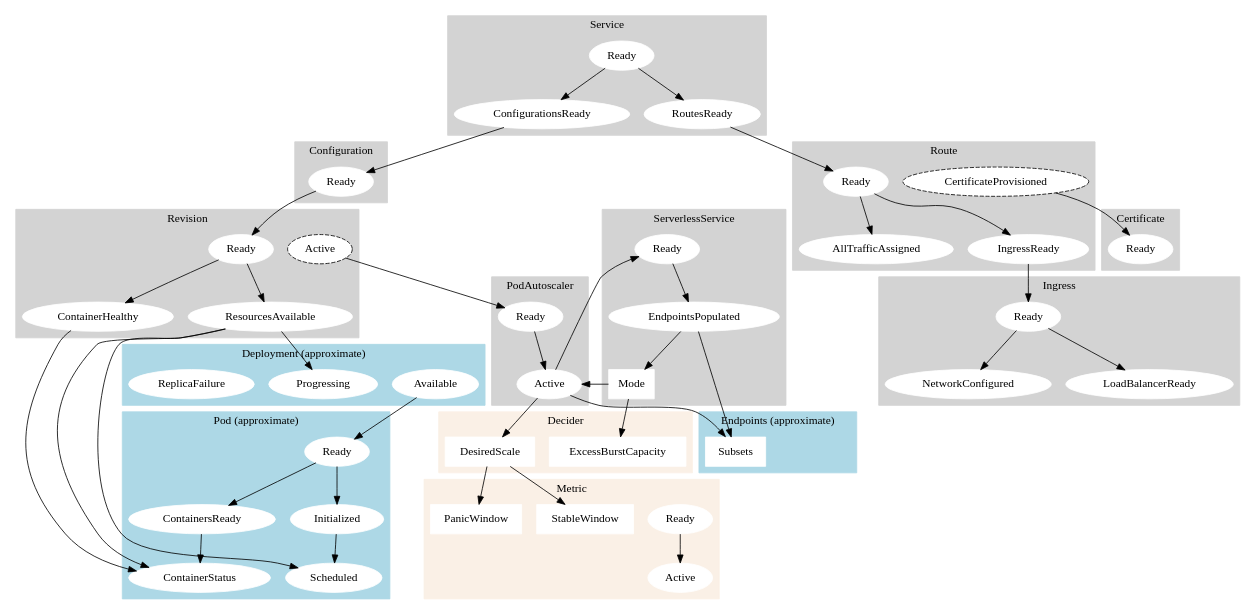
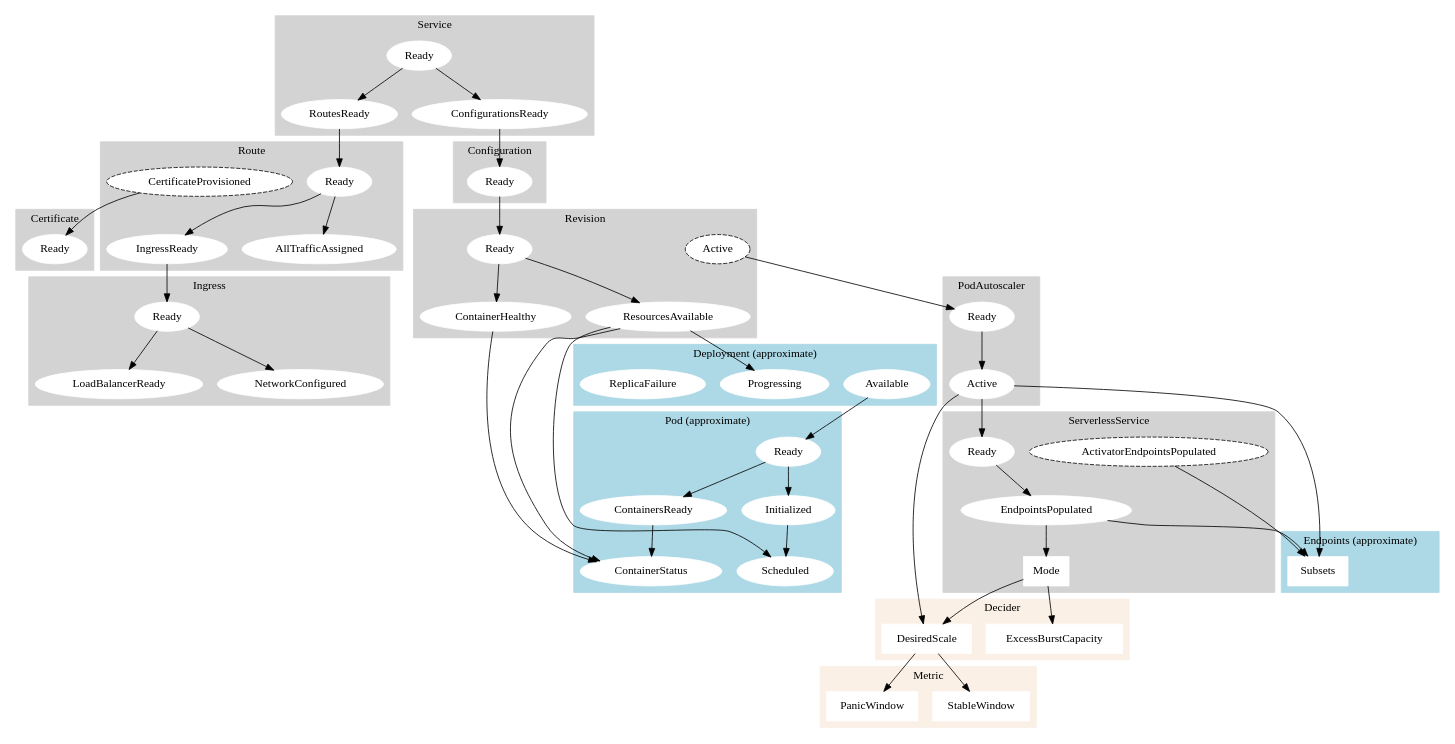
One commit to jonjohnsonjr/graphviz changed the diagram in src/lifecycle.dot. Above: the diagram before and after it, drawn with Graphviz. The commit also changed 9 other files, not shown here.

```diff
--- a/src/lifecycle.dot
+++ b/src/lifecycle.dot
@@ -1,180 +1,178 @@
 digraph lifecycle {
   graph [style=filled,color=lightgrey]
   node [style=filled,color=white];
 
   subgraph cluster_service {
     label = "Service";
     href="https://godoc.org/github.com/knative/serving/pkg/apis/serving/v1alpha1#ServiceStatus"
 
     ServiceConditionReady [label=Ready, href="https://godoc.org/github.com/knative/serving/pkg/apis/serving/v1alpha1#ServiceConditionReady"]
     ServiceConditionConfigurationsReady [label=ConfigurationsReady, href="https://godoc.org/github.com/knative/serving/pkg/apis/serving/v1alpha1#ServiceConditionConfigurationsReady"]
     ServiceConditionRoutesReady [label=RoutesReady, href="https://godoc.org/github.com/knative/serving/pkg/apis/serving/v1alpha1#ServiceConditionRoutesReady"]
 
     ServiceConditionReady -> ServiceConditionConfigurationsReady
     ServiceConditionReady -> ServiceConditionRoutesReady
   }
 
   subgraph cluster_route {
     label = "Route";
     href="https://godoc.org/github.com/knative/serving/pkg/apis/serving/v1alpha1#RouteStatus"
 
     RouteConditionReady [label=Ready, href="https://godoc.org/github.com/knative/serving/pkg/apis/serving/v1alpha1#RouteConditionReady"]
     RouteConditionAllTrafficAssigned [label=AllTrafficAssigned, href="https://godoc.org/github.com/knative/serving/pkg/apis/serving/v1alpha1#RouteConditionAllTrafficAssigned"]
     RouteConditionIngressReady [label=IngressReady, href="https://godoc.org/github.com/knative/serving/pkg/apis/serving/v1alpha1#RouteConditionIngressReady"]
     RouteConditionCertificateProvisioned [label=CertificateProvisioned,style="filled,dashed",fillcolor=white,color=black, href="https://godoc.org/github.com/knative/serving/pkg/apis/serving/v1alpha1#RouteConditionCertificateProvisioned"]
 
     RouteConditionReady -> RouteConditionAllTrafficAssigned
     RouteConditionReady -> RouteConditionIngressReady
   }
 
   subgraph cluster_configuration {
     label = "Configuration";
     href="https://godoc.org/github.com/knative/serving/pkg/apis/serving/v1alpha1#ConfigurationStatus"
 
     ConfigurationConditionReady [label=Ready, href="https://godoc.org/github.com/knative/serving/pkg/apis/serving/v1alpha1#ConfigurationConditionReady"]
   }
 
   subgraph cluster_revision {
     label = "Revision";
     href="https://godoc.org/github.com/knative/serving/pkg/apis/serving/v1alpha1#RevisionStatus"
 
     RevisionConditionReady [label=Ready, href="https://godoc.org/github.com/knative/serving/pkg/apis/serving/v1alpha1#RevisionConditionReady"]
     RevisionConditionResourcesAvailable [label=ResourcesAvailable, href="https://godoc.org/github.com/knative/serving/pkg/apis/serving/v1alpha1#RevisionConditionResourcesAvailable"]
     RevisionConditionContainerHealthy [label=ContainerHealthy, href="https://godoc.org/github.com/knative/serving/pkg/apis/serving/v1alpha1#RevisionConditionContainerHealthy"]
     RevisionConditionActive [label=Active,style="filled,dashed",fillcolor=white,color=black, href="https://godoc.org/github.com/knative/serving/pkg/apis/serving/v1alpha1#RevisionConditionActive"]
 
     RevisionConditionReady -> RevisionConditionResourcesAvailable
     RevisionConditionReady -> RevisionConditionContainerHealthy
   }
 
   subgraph cluster_ingress {
     label = "Ingress";
     href="https://godoc.org/github.com/knative/serving/pkg/apis/networking/v1alpha1#IngressStatus"
 
     IngressConditionReady [label=Ready, href="https://godoc.org/github.com/knative/serving/pkg/apis/networking/v1alpha1#IngressConditionReady"]
     IngressConditionNetworkConfigured [label=NetworkConfigured, href="https://godoc.org/github.com/knative/serving/pkg/apis/networking/v1alpha1#IngressConditionNetworkConfigured"]
     IngressConditionLoadBalancerReady [label=LoadBalancerReady, href="https://godoc.org/github.com/knative/serving/pkg/apis/networking/v1alpha1#IngressConditionLoadBalancerReady"]
 
     IngressConditionReady -> IngressConditionNetworkConfigured
     IngressConditionReady -> IngressConditionLoadBalancerReady
   }
 
   subgraph cluster_certificate {
     label = "Certificate";
     href="https://godoc.org/github.com/knative/serving/pkg/apis/networking/v1alpha1#CertificateStatus"
 
     CertificateConditionReady [label=Ready, href="https://godoc.org/github.com/knative/serving/pkg/apis/networking/v1alpha1#CertificateConditionReady"]
   }
 
   subgraph cluster_kpa {
     label = "PodAutoscaler";
     href="https://godoc.org/github.com/knative/serving/pkg/apis/autoscaling/v1alpha1#PodAutoscalerStatus"
 
     PodAutoscalerConditionReady [label=Ready, href="https://godoc.org/github.com/knative/serving/pkg/apis/autoscaling/v1alpha1#PodAutoscalerConditionReady"]
     PodAutoscalerConditionActive [label=Active, href="https://godoc.org/github.com/knative/serving/pkg/apis/autoscaling/v1alpha1#PodAutoscalerConditionActive"]
 
     PodAutoscalerConditionReady -> PodAutoscalerConditionActive
   }
 
   subgraph cluster_decider {
     label = "Decider";
     href="https://godoc.org/github.com/knative/serving/pkg/autoscaler#DeciderStatus"
     style = filled
     color = linen
 
     DeciderDesiredScale [label=DesiredScale, shape=box, href="https://godoc.org/github.com/knative/serving/pkg/autoscaler#DeciderStatus.DesiredScale"]
     DeciderExcessBurstCapacity [label=ExcessBurstCapacity, shape=box, href="https://godoc.org/github.com/knative/serving/pkg/autoscaler#DeciderStatus.ExcessBurstCapacity"]
   }
 
   subgraph cluster_metric {
     label = "Metric";
     href="https://godoc.org/github.com/knative/serving/pkg/apis/autoscaling/v1alpha1#MetricStatus"
     style = filled
     color = linen
 
-    MetricConditionReady [label=Ready, href="https://godoc.org/github.com/knative/serving/pkg/apis/autoscaling/v1alpha1#MetricConditionReady"]
-    MetricConditionActive [label=Active, href="https://godoc.org/github.com/knative/serving/pkg/apis/autoscaling/v1alpha1#MetricConditionActive"]
-
     MetricStableWindow [label=StableWindow, shape=box, href="https://godoc.org/github.com/knative/serving/pkg/apis/autoscaling/v1alpha1#MetricStableWindow"]
     MetricPanicWindow [label=PanicWindow, shape=box, href="https://godoc.org/github.com/knative/serving/pkg/apis/autoscaling/v1alpha1#MetricPanicWindow"]
-
-    MetricConditionReady -> MetricConditionActive
   }
 
   subgraph cluster_sks {
     label = "ServerlessService";
     href="https://godoc.org/github.com/knative/serving/pkg/apis/networking/v1alpha1#ServerlessServiceStatus"
 
     ServerlessServiceConditionReady [label=Ready, href="https://godoc.org/github.com/knative/serving/pkg/apis/networking/v1alpha1#ServerlessServiceConditionReady"]
     ServerlessServiceConditionEndspointsPopulated [label=EndpointsPopulated, href="https://godoc.org/github.com/knative/serving/pkg/apis/networking/v1alpha1#ServerlessServiceConditionEndspointsPopulated"]
     ServerlessServiceMode [label=Mode, shape=box, href="https://godoc.org/github.com/knative/serving/pkg/apis/networking/v1alpha1#ServerlessServiceSpec.Mode"]
+    ServerlessServiceConditionActivatorEndspointsPopulated [label=ActivatorEndpointsPopulated,style="filled,dashed",fillcolor=white,color=black, href="https://godoc.org/github.com/knative/serving/pkg/apis/networking/v1alpha1#ServerlessServiceConditionActivatorEndspointsPopulated"]
 
     ServerlessServiceConditionReady -> ServerlessServiceConditionEndspointsPopulated
     ServerlessServiceConditionEndspointsPopulated -> ServerlessServiceMode
   }
 
   subgraph cluster_pods {
     label = "Pod (approximate)";
     href = "https://godoc.org/k8s.io/api/core/v1#PodStatus"
     style = filled
     color = lightblue
     PodReady [label=Ready, href="https://godoc.org/k8s.io/api/core/v1#PodReady"]
     PodScheduled [label=Scheduled, href="https://godoc.org/k8s.io/api/core/v1#PodScheduled"]
     PodInitialized [label=Initialized, href="https://godoc.org/k8s.io/api/core/v1#PodInitialized"]
     ContainersReady [label=ContainersReady, href="https://godoc.org/k8s.io/api/core/v1#ContainersReady"]
     ContainerStatus [label=ContainerStatus, href="https://godoc.org/k8s.io/api/core/v1#ContainerStatus"]
 
     PodReady -> ContainersReady
     PodReady -> PodInitialized
     PodInitialized -> PodScheduled
 
     ContainersReady -> ContainerStatus
   }
 
   subgraph cluster_deployment {
     label = "Deployment (approximate)";
     href = "https://godoc.org/k8s.io/api/apps/v1#DeploymentStatus"
     style = filled
     color = lightblue
 
     DeploymentAvailable [label=Available, href="https://godoc.org/k8s.io/api/apps/v1#DeploymentAvailable"]
     DeploymentProgressing [label=Progressing, href="https://godoc.org/k8s.io/api/apps/v1#DeploymentProgressing"]
     DeploymentReplicaFailure [label=ReplicaFailure, href="https://godoc.org/k8s.io/api/apps/v1#DeploymentReplicaFailure"]
   }
 
   subgraph cluster_endpoints {
     label = "Endpoints (approximate)";
     href = "https://godoc.org/k8s.io/kubernetes/pkg/apis/core#Endpoints"
     style = filled
     color = lightblue
 
     EndpointsSubsets [label=Subsets, shape=box, href="https://godoc.org/k8s.io/kubernetes/pkg/apis/core#Endpoints.Subsets"]
   }
 
   ServiceConditionConfigurationsReady -> ConfigurationConditionReady
   ServiceConditionRoutesReady -> RouteConditionReady
 
   RouteConditionCertificateProvisioned -> CertificateConditionReady
   RouteConditionIngressReady -> IngressConditionReady
 
   ConfigurationConditionReady -> RevisionConditionReady
 
   RevisionConditionActive -> PodAutoscalerConditionReady
   RevisionConditionContainerHealthy -> ContainerStatus
   RevisionConditionResourcesAvailable -> ContainerStatus
   RevisionConditionResourcesAvailable -> PodScheduled
   RevisionConditionResourcesAvailable -> DeploymentProgressing
 
   PodAutoscalerConditionActive -> ServerlessServiceConditionReady
   PodAutoscalerConditionActive -> DeciderDesiredScale
   PodAutoscalerConditionActive -> EndpointsSubsets
 
   DeciderDesiredScale -> MetricStableWindow
   DeciderDesiredScale -> MetricPanicWindow
 
   ServerlessServiceConditionEndspointsPopulated -> EndpointsSubsets
-  ServerlessServiceMode -> PodAutoscalerConditionActive
+  ServerlessServiceMode -> DeciderDesiredScale
   ServerlessServiceMode -> DeciderExcessBurstCapacity
+
+  ServerlessServiceConditionActivatorEndspointsPopulated -> EndpointsSubsets
 
   DeploymentAvailable -> PodReady
 }
```
